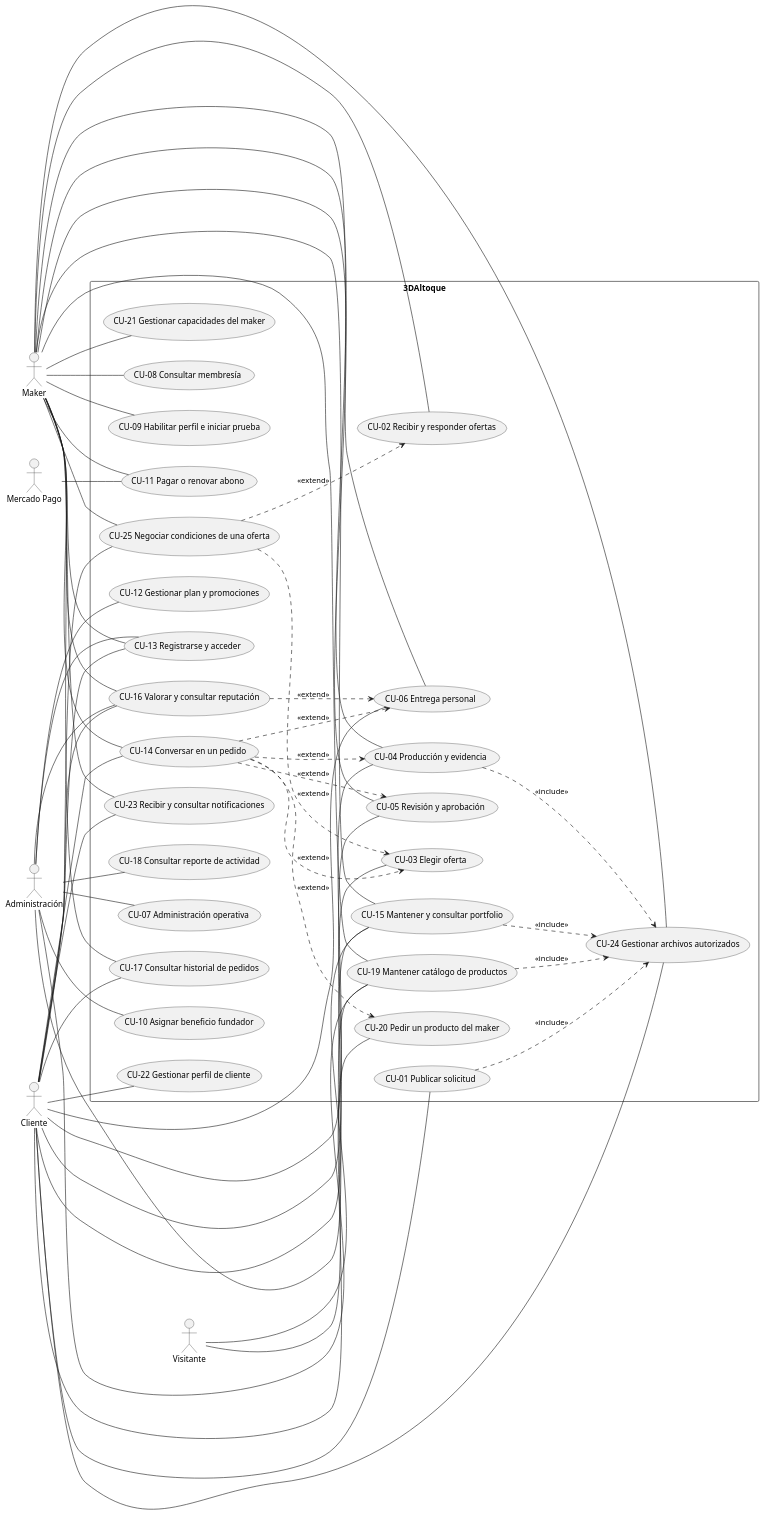
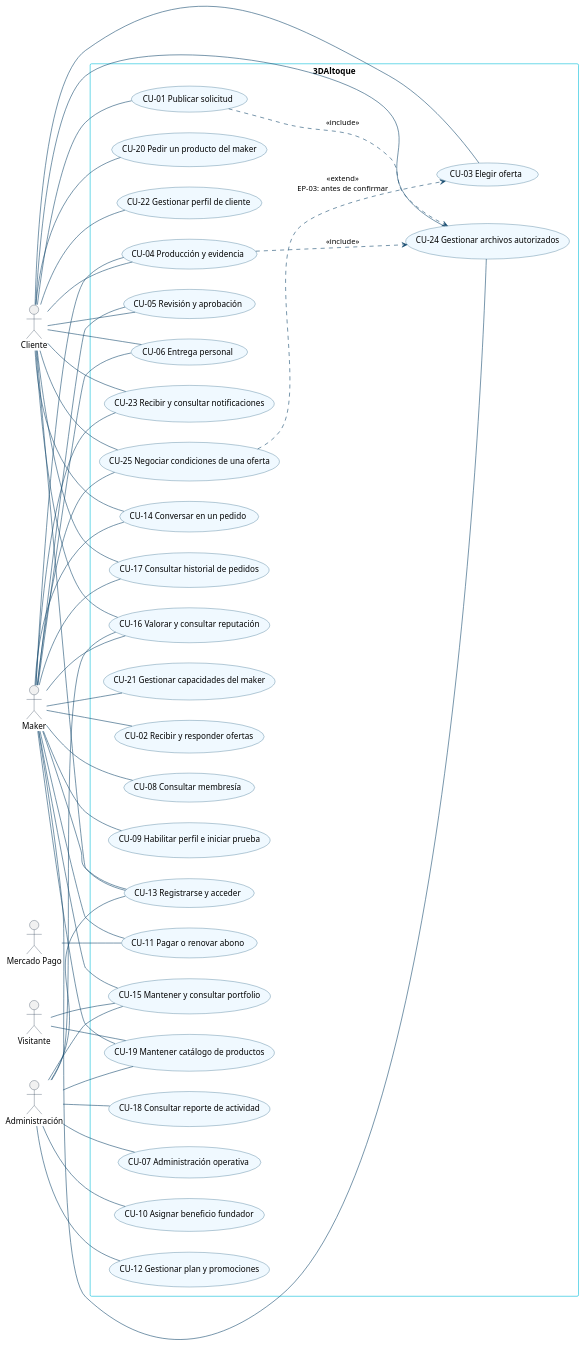
One commit to chill0101/3daltoque-docs changed the diagram in public/documentos/c14d6068439c-casos-de-uso.puml. Above: the diagram before and after it, drawn with PlantUML. The commit also changed 74 other files, not shown here.

```diff
--- a/public/documentos/c14d6068439c-casos-de-uso.puml
+++ b/public/documentos/c14d6068439c-casos-de-uso.puml
@@ -1,93 +1,90 @@
 @startuml
 left to right direction
+skinparam backgroundColor #FFFFFF
+skinparam defaultFontName Arial
+skinparam shadowing false
+skinparam usecaseBackgroundColor #F0F9FF
+skinparam usecaseBorderColor #0A4A70
+skinparam ArrowColor #174C70
+skinparam actorBorderColor #0B2038
+skinparam packageBorderColor #00BBD9
 actor Cliente
 actor Maker
 actor Visitante
 actor Administración as Admin
 actor "Mercado Pago" as MP
 rectangle "3DAltoque" {
   usecase "CU-01 Publicar solicitud" as CU01
   usecase "CU-02 Recibir y responder ofertas" as CU02
   usecase "CU-03 Elegir oferta" as CU03
   usecase "CU-04 Producción y evidencia" as CU04
   usecase "CU-05 Revisión y aprobación" as CU05
   usecase "CU-06 Entrega personal" as CU06
   usecase "CU-07 Administración operativa" as CU07
   usecase "CU-08 Consultar membresía" as CU08
   usecase "CU-09 Habilitar perfil e iniciar prueba" as CU09
   usecase "CU-10 Asignar beneficio fundador" as CU10
   usecase "CU-11 Pagar o renovar abono" as CU11
   usecase "CU-12 Gestionar plan y promociones" as CU12
   usecase "CU-13 Registrarse y acceder" as CU13
   usecase "CU-14 Conversar en un pedido" as CU14
   usecase "CU-15 Mantener y consultar portfolio" as CU15
   usecase "CU-16 Valorar y consultar reputación" as CU16
   usecase "CU-17 Consultar historial de pedidos" as CU17
   usecase "CU-18 Consultar reporte de actividad" as CU18
   usecase "CU-19 Mantener catálogo de productos" as CU19
   usecase "CU-20 Pedir un producto del maker" as CU20
   usecase "CU-21 Gestionar capacidades del maker" as CU21
   usecase "CU-22 Gestionar perfil de cliente" as CU22
   usecase "CU-23 Recibir y consultar notificaciones" as CU23
   usecase "CU-24 Gestionar archivos autorizados" as CU24
   usecase "CU-25 Negociar condiciones de una oferta" as CU25
 }
 Cliente -- CU01
 Maker -- CU02
 Cliente -- CU03
 Maker -- CU04
 Cliente -- CU04
 Cliente -- CU05
 Maker -- CU05
 Cliente -- CU06
 Maker -- CU06
 Admin -- CU07
 Maker -- CU08
 Maker -- CU09
 Admin -- CU10
 Maker -- CU11
 MP -- CU11
 Admin -- CU12
 Cliente -- CU13
 Maker -- CU13
 Admin -- CU13
 Cliente -- CU14
 Maker -- CU14
 Maker -- CU15
 Visitante -- CU15
 Admin -- CU15
 Cliente -- CU16
 Maker -- CU16
 Admin -- CU16
 Cliente -- CU17
 Maker -- CU17
 Admin -- CU18
 Maker -- CU19
 Visitante -- CU19
 Admin -- CU19
 Cliente -- CU20
 Maker -- CU21
 Cliente -- CU22
 Cliente -- CU23
 Maker -- CU23
 Cliente -- CU24
 Maker -- CU24
 Cliente -- CU25
 Maker -- CU25
 
-' Relaciones UML <<include>> y <<extend>> entre CU-01..CU-25
+' Inclusiones obligatorias y extensión con punto identificado
 CU01 ..> CU24 : <<include>>
 CU04 ..> CU24 : <<include>>
-CU15 ..> CU24 : <<include>>
-CU19 ..> CU24 : <<include>>
-
-CU14 ..> CU03 : <<extend>>
-CU14 ..> CU04 : <<extend>>
-CU14 ..> CU05 : <<extend>>
-CU14 ..> CU06 : <<extend>>
-CU14 ..> CU20 : <<extend>>
-
-CU25 ..> CU02 : <<extend>>
-CU25 ..> CU03 : <<extend>>
-CU16 ..> CU06 : <<extend>>
+CU25 ..> CU03 : <<extend>>\nEP-03: antes de confirmar
 @enduml
```
